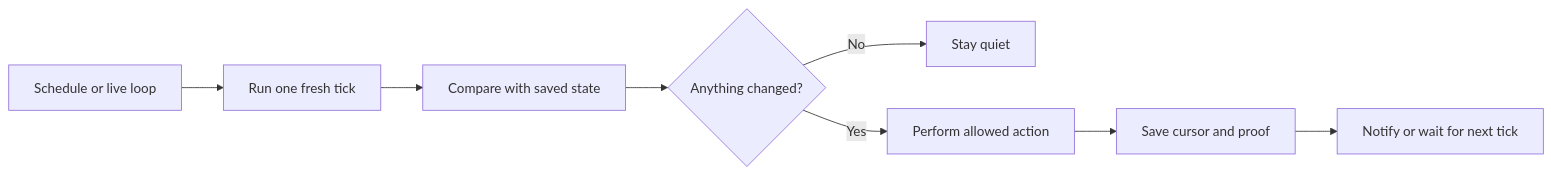
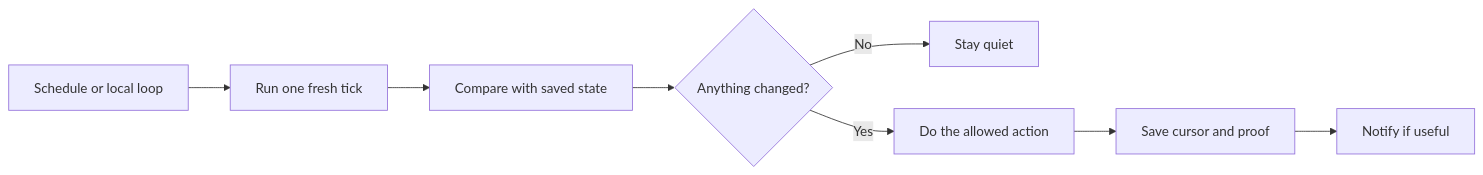
Before and after one commit to sabirmgd/terminal-first-goal-loop: the seventh of 7 diagrams in README.md, drawn with Mermaid. The commit also changed other lines of this file and 33 other files, not shown here.

````diff
--- a/README.md
+++ b/README.md
@@ -229,10 +265,10 @@
 ```mermaid
 flowchart LR
-    S["Schedule or live loop"] --> T["Run one fresh tick"]
+    S["Schedule or local loop"] --> T["Run one fresh tick"]
     T --> C["Compare with saved state"]
     C --> Q{"Anything changed?"}
     Q -- No --> Z["Stay quiet"]
-    Q -- Yes --> A["Perform allowed action"]
+    Q -- Yes --> A["Do the allowed action"]
     A --> P["Save cursor and proof"]
-    P --> N["Notify or wait for next tick"]
+    P --> N["Notify if useful"]
 ```
````
